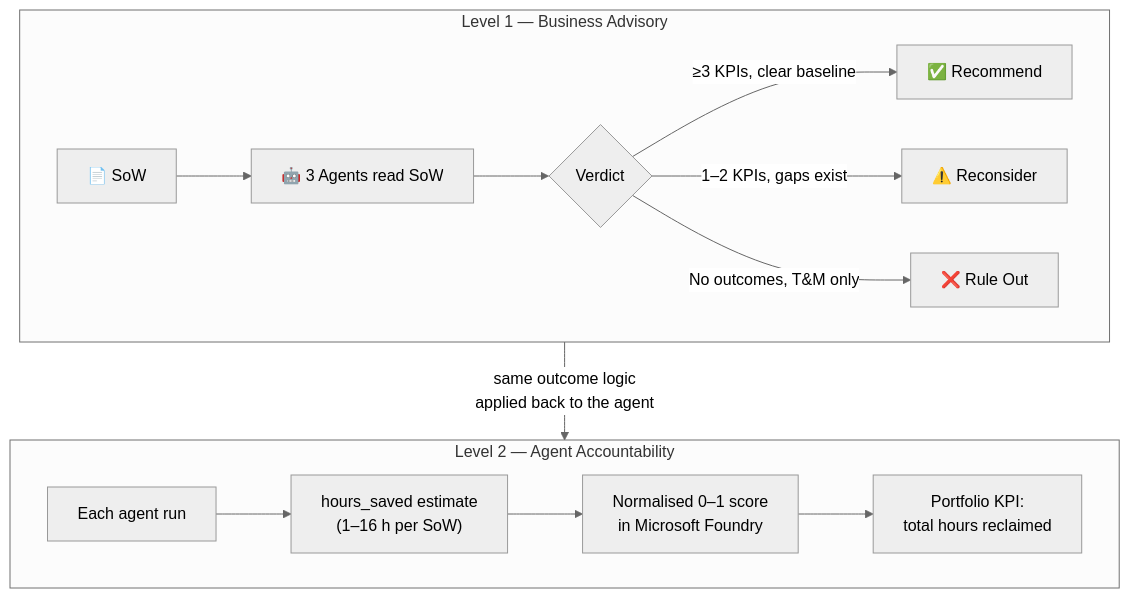
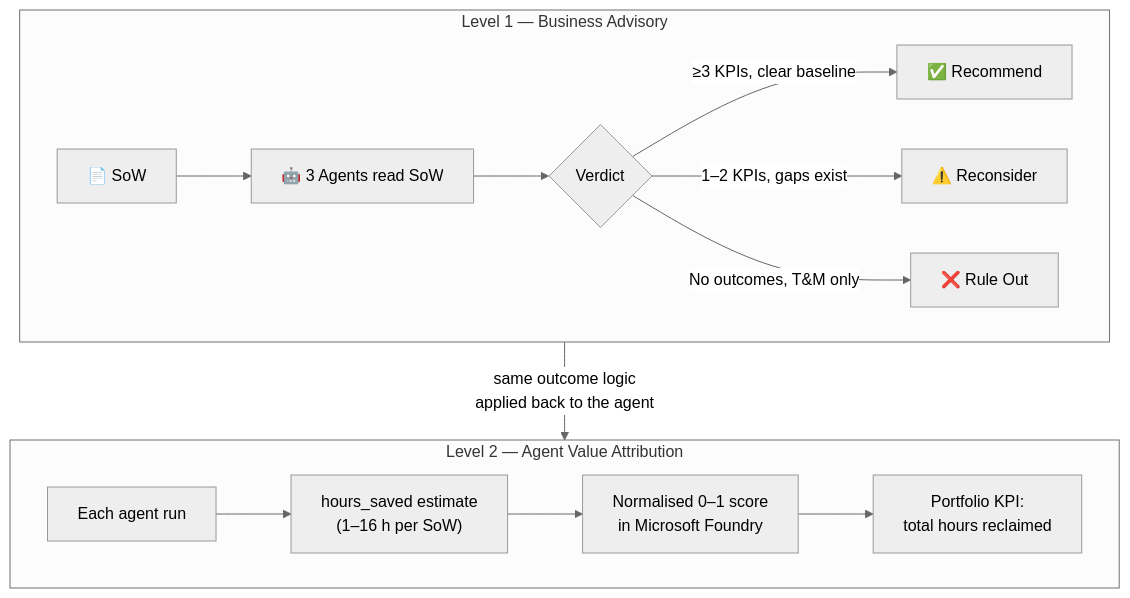
The second of 3 diagrams in README.md (doruit/outcome-readiness-agent), drawn with Mermaid (neutral theme) before and after one commit. The commit also changed other lines of this file and 1 other file, not shown here.

Commit message:
feat: introduce Agent Value Attribution terminology across UI and README

````diff
--- a/README.md
+++ b/README.md
@@ -74,20 +85,20 @@
 ```mermaid
 flowchart TD
     subgraph L1["Level 1 — Business Advisory"]
         direction LR
         SoW["📄 SoW"] --> Agent["🤖 3 Agents read SoW"]
         Agent --> V{"Verdict"}
         V -->|"≥3 KPIs, clear baseline"| REC["✅ Recommend"]
         V -->|"1–2 KPIs, gaps exist"| RECON["⚠️ Reconsider"]
         V -->|"No outcomes, T&M only"| RO["❌ Rule Out"]
     end
 
-    subgraph L2["Level 2 — Agent Accountability"]
+    subgraph L2["Level 2 — Agent Value Attribution"]
         direction LR
         Run["Each agent run"] --> HS["hours_saved estimate\n(1–16 h per SoW)"]
         HS --> Score["Normalised 0–1 score\nin Microsoft Foundry"]
         Score --> KPI["Portfolio KPI:\ntotal hours reclaimed"]
     end
 
     L1 -->|"same outcome logic\napplied back to the agent"| L2
 ```
````
